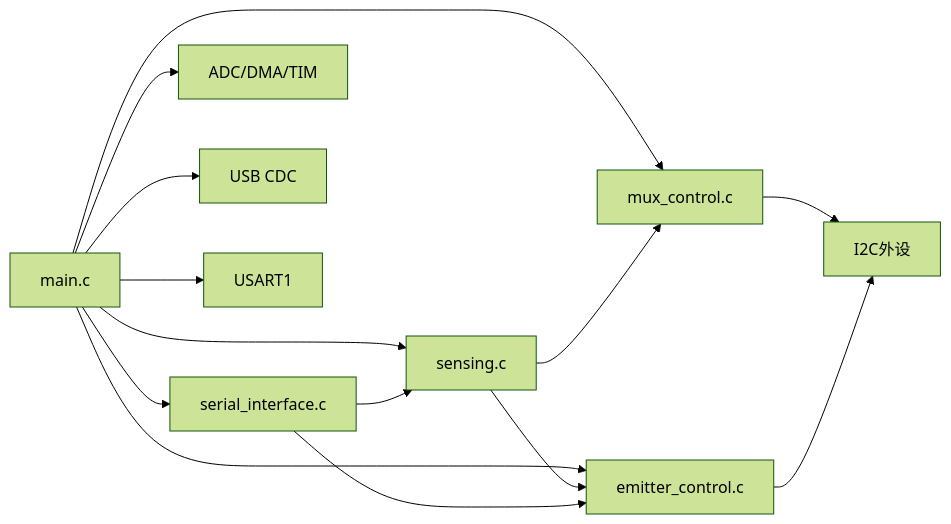
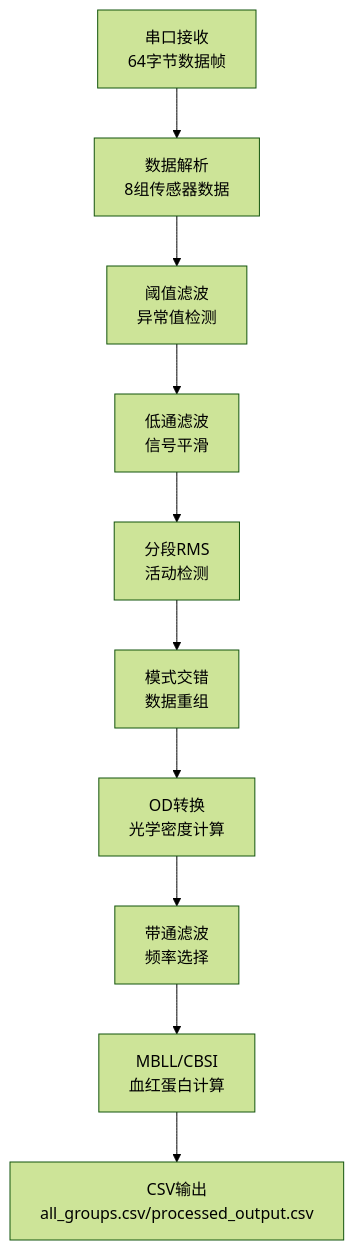
One commit to zhushizi/fNIRS-main changed the third of 3 diagrams in .qoder/repowiki/zh/content/固件开发/固件开发.md. Above: the diagram before and after it, drawn with Mermaid (forest theme). The commit also changed other lines of this file and 28 other files, not shown here.

````diff
--- a/.qoder/repowiki/zh/content/固件开发/固件开发.md
+++ b/.qoder/repowiki/zh/content/固件开发/固件开发.md
@@ -269,16 +244,12 @@
 ```mermaid
-graph LR
-MAIN["main.c"] --> SENSING["sensing.c"]
-MAIN --> MUX["mux_control.c"]
-MAIN --> EMIT["emitter_control.c"]
-MAIN --> SERIAL["serial_interface.c"]
-SENSING --> MUX
-SENSING --> EMIT
-SERIAL --> SENSING
-SERIAL --> EMIT
-MUX --> I2C["I2C外设"]
-EMIT --> I2C
-MAIN --> ADC["ADC/DMA/TIM"]
-MAIN --> USB["USB CDC"]
-MAIN --> UART["USART1"]
+flowchart TD
+SERIAL["串口接收<br/>64字节数据帧"] --> PARSE["数据解析<br/>8组传感器数据"]
+PARSE --> FILTER1["阈值滤波<br/>异常值检测"]
+FILTER1 --> FILTER2["低通滤波<br/>信号平滑"]
+FILTER2 --> RMS["分段RMS<br/>活动检测"]
+RMS --> INTERLEAVE["模式交错<br/>数据重组"]
+INTERLEAVE --> OD["OD转换<br/>光学密度计算"]
+OD --> BANDPASS["带通滤波<br/>频率选择"]
+BANDPASS --> MBLL["MBLL/CBSI<br/>血红蛋白计算"]
+MBLL --> OUTPUT["CSV输出<br/>all_groups.csv/processed_output.csv"]
 ```
````
